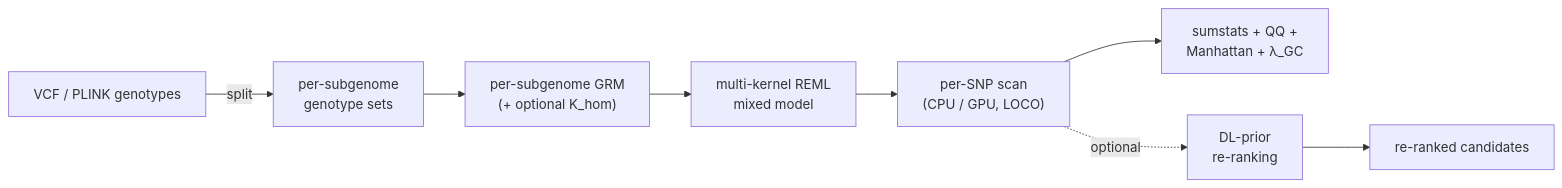
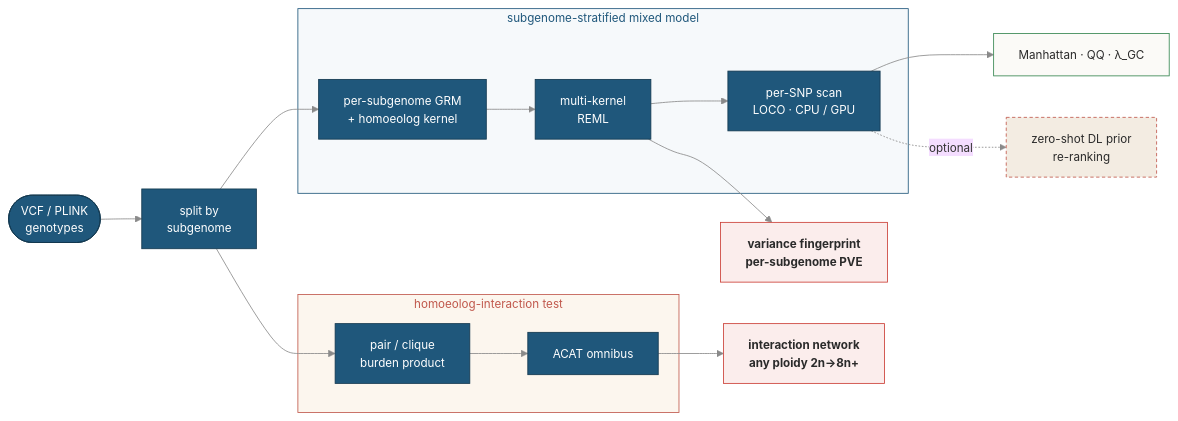
The diagram in README.md (Shipeng-Yang/HomoeoGWAS), drawn with Mermaid before and after one commit. The commit also changed other lines of this file, not shown here.

Commit message:
docs(readme): redesign 'How it works' diagram — legible, two-branch, colour-coded
The old single-chain mermaid was cramped and hard to read (br-overloaded nodes,
a broken lambda entity, only the scan path shown). Redesign: a colour-coded
flowchart with two grouped subgraphs (the subgenome-stratified mixed model and
the homoeolog-interaction test), the two distinctive outputs (variance
fingerprint, interaction network) highlighted in red, the optional DL prior
dashed, and a one-line plain-English lead-in + takeaway around it.

````diff
--- a/README.md
+++ b/README.md
@@ -128,10 +134,32 @@
 ```mermaid
+%%{init: {"theme":"base","themeVariables":{"fontFamily":"Helvetica, Arial, sans-serif","fontSize":"14px","lineColor":"#8A8A8A"}}}%%
 flowchart LR
-    G["VCF / PLINK genotypes"] -->|split| S["per-subgenome<br/>genotype sets"]
-    S --> K["per-subgenome GRM<br/>(+ optional K_hom)"]
-    K --> R["multi-kernel REML<br/>mixed model"]
-    R --> SC["per-SNP scan<br/>(CPU / GPU, LOCO)"]
-    SC --> O["sumstats + QQ +<br/>Manhattan + &lambda;_GC"]
-    SC -. optional .-> D["DL-prior<br/>re-ranking"]
-    D --> RR["re-ranked candidates"]
+    G(["VCF / PLINK<br/>genotypes"]) --> S["split by<br/>subgenome"]
+
+    subgraph MODEL["subgenome-stratified mixed model"]
+        K["per-subgenome GRM<br/>+ homoeolog kernel"] --> R["multi-kernel<br/>REML"]
+        R --> SC["per-SNP scan<br/>LOCO · CPU / GPU"]
+    end
+
+    subgraph INT["homoeolog-interaction test"]
+        I["pair / clique<br/>burden product"] --> N["ACAT omnibus"]
+    end
+
+    S --> K
+    S --> I
+    R --> V["variance fingerprint<br/>per-subgenome PVE"]
+    SC --> O["Manhattan · QQ · λ_GC"]
+    N --> W["interaction network<br/>any ploidy 2n→8n+"]
+    SC -. optional .-> D["zero-shot DL prior<br/>re-ranking"]
+
+    classDef stage fill:#1F577B,stroke:#13384f,color:#ffffff;
+    classDef out   fill:#FBFAF7,stroke:#368650,color:#2A2A2A;
+    classDef star  fill:#FBEDEC,stroke:#CB3E35,color:#2A2A2A,font-weight:bold;
+    classDef opt   fill:#F3ECE2,stroke:#C0584C,color:#2A2A2A,stroke-dasharray:4 3;
+    class G,S,K,R,SC,I,N stage;
+    class O out;
+    class V,W star;
+    class D opt;
+    style MODEL fill:#F6F9FB,stroke:#1F577B,color:#1F577B;
+    style INT   fill:#FCF6EE,stroke:#C0584C,color:#C0584C;
 ```
````
